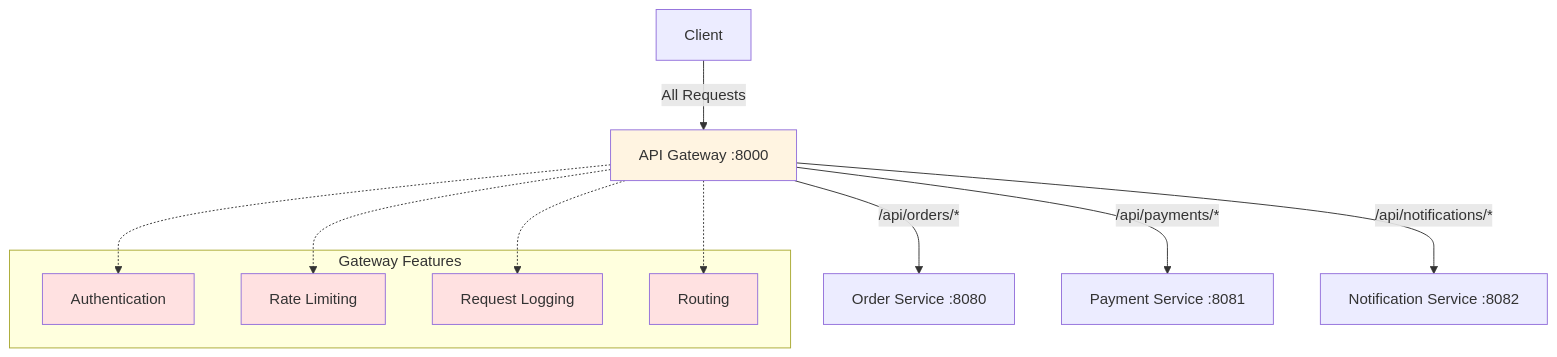
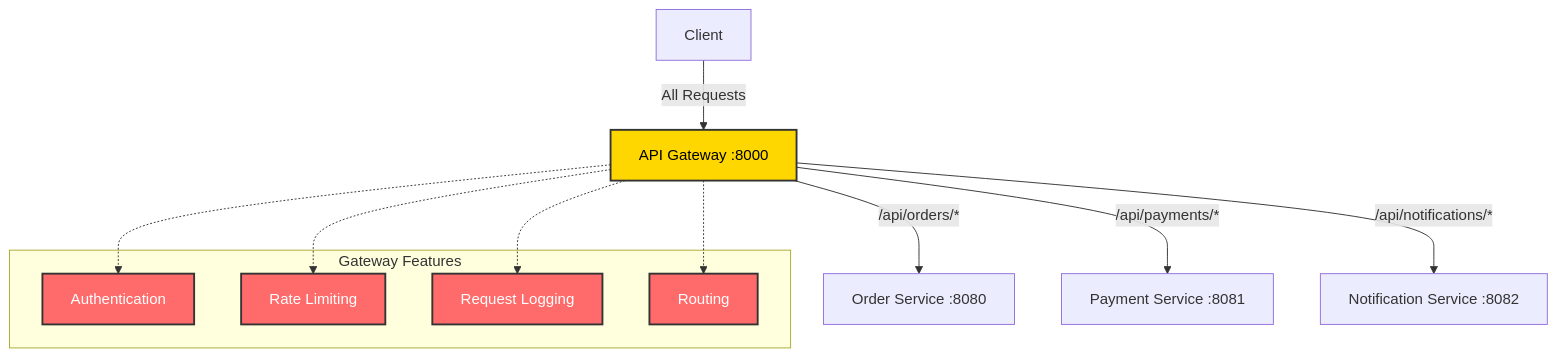
One commit to elewashy/Tanta-University changed the third of 5 diagrams in Level_3/Semester_1/Distributed_Systems/Project/System_Architecture_in_Distributed_Systems/docs/EXERCISES.md. Above: the diagram before and after it, drawn with Mermaid. The commit also changed other lines of this file and 4 other files, not shown here.

````diff
--- a/Level_3/Semester_1/Distributed_Systems/Project/System_Architecture_in_Distributed_Systems/docs/EXERCISES.md
+++ b/Level_3/Semester_1/Distributed_Systems/Project/System_Architecture_in_Distributed_Systems/docs/EXERCISES.md
@@ -274,26 +274,26 @@
 ```mermaid
 graph TB
     Client[Client] -->|All Requests| Gateway[API Gateway :8000]
     
     Gateway -->|/api/orders/*| Order[Order Service :8080]
     Gateway -->|/api/payments/*| Payment[Payment Service :8081]
     Gateway -->|/api/notifications/*| Notif[Notification Service :8082]
     
     subgraph "Gateway Features"
         Auth[Authentication]
         Rate[Rate Limiting]
         Log[Request Logging]
         Route[Routing]
     end
     
     Gateway -.-> Auth
     Gateway -.-> Rate
     Gateway -.-> Log
     Gateway -.-> Route
     
-    style Gateway fill:#fff4e1
-    style Auth fill:#ffe1e1
-    style Rate fill:#ffe1e1
-    style Log fill:#ffe1e1
-    style Route fill:#ffe1e1
+    style Gateway fill:#ffd700,stroke:#333,stroke-width:2px,color:#000
+    style Auth fill:#ff6b6b,stroke:#333,stroke-width:2px,color:#fff
+    style Rate fill:#ff6b6b,stroke:#333,stroke-width:2px,color:#fff
+    style Log fill:#ff6b6b,stroke:#333,stroke-width:2px,color:#fff
+    style Route fill:#ff6b6b,stroke:#333,stroke-width:2px,color:#fff
 ```
````
